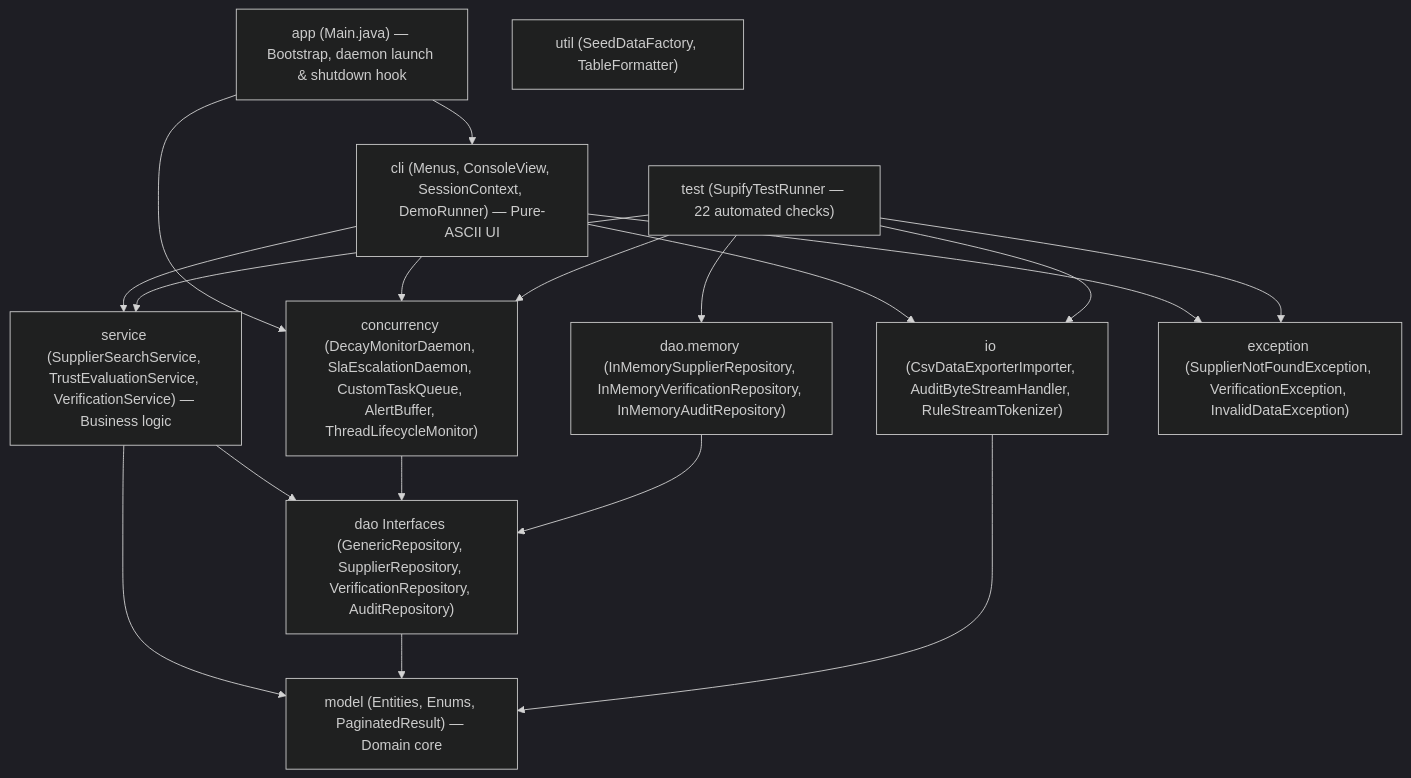
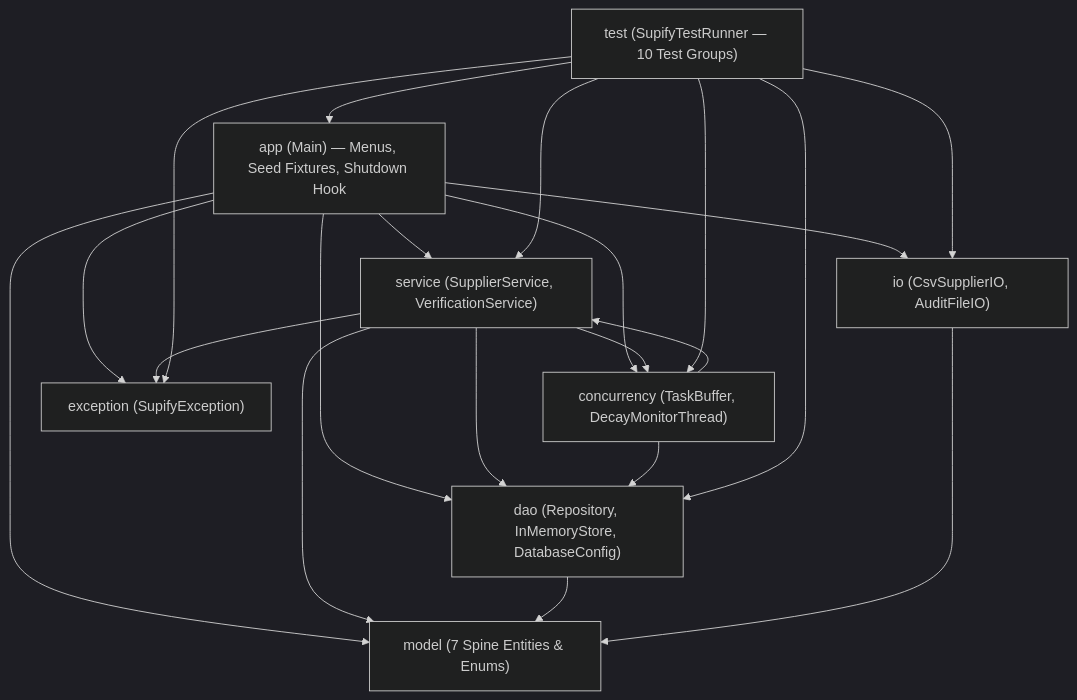
The first of 2 diagrams in docs/viva-prep.md (ArchitSublok/supify), drawn with Mermaid (dark theme) before and after one commit. The commit also changed other lines of this file and 77 other files, not shown here.

Commit message:
refactor(backend): simplify pure-Java backend to 20 files, redraw UML diagrams, and refresh tests

````diff
--- a/docs/viva-prep.md
+++ b/docs/viva-prep.md
@@ -170,32 +118,25 @@
 ```mermaid
 flowchart TD
-    APP["app (Main.java) — Bootstrap, daemon launch & shutdown hook"]
-    CLI["cli (Menus, ConsoleView, SessionContext, DemoRunner) — Pure-ASCII UI"]
-    SVC["service (SupplierSearchService, TrustEvaluationService, VerificationService) — Business logic"]
-    DAO["dao Interfaces (GenericRepository, SupplierRepository, VerificationRepository, AuditRepository)"]
-    MEM["dao.memory (InMemorySupplierRepository, InMemoryVerificationRepository, InMemoryAuditRepository)"]
-    MODEL["model (Entities, Enums, PaginatedResult) — Domain core"]
-    CONC["concurrency (DecayMonitorDaemon, SlaEscalationDaemon, CustomTaskQueue, AlertBuffer, ThreadLifecycleMonitor)"]
-    IO["io (CsvDataExporterImporter, AuditByteStreamHandler, RuleStreamTokenizer)"]
-    EXC["exception (SupplierNotFoundException, VerificationException, InvalidDataException)"]
-    UTIL["util (SeedDataFactory, TableFormatter)"]
-    TEST["test (SupifyTestRunner — 22 automated checks)"]
+    APP["app (Main) — Menus, Seed Fixtures, Shutdown Hook"] --> SVC["service (SupplierService, VerificationService)"]
+    APP --> DAO["dao (Repository, InMemoryStore, DatabaseConfig)"]
+    APP --> CONC["concurrency (TaskBuffer, DecayMonitorThread)"]
+    APP --> IO["io (CsvSupplierIO, AuditFileIO)"]
+    APP --> EXC["exception (SupifyException)"]
+    APP --> MODEL["model (7 Spine Entities & Enums)"]
 
-    APP --> CLI
-    APP --> CONC
-    CLI --> SVC
-    CLI --> IO
-    CLI --> CONC
-    CLI --> EXC
     SVC --> DAO
+    SVC --> CONC
+    SVC --> EXC
+    SVC --> MODEL
     CONC --> DAO
-    MEM --> DAO
-    SVC --> MODEL
+    CONC --> SVC
     DAO --> MODEL
     IO --> MODEL
+
+    TEST["test (SupifyTestRunner — 10 Test Groups)"] --> APP
     TEST --> SVC
+    TEST --> DAO
     TEST --> CONC
     TEST --> IO
-    TEST --> MEM
     TEST --> EXC
 ```
````
